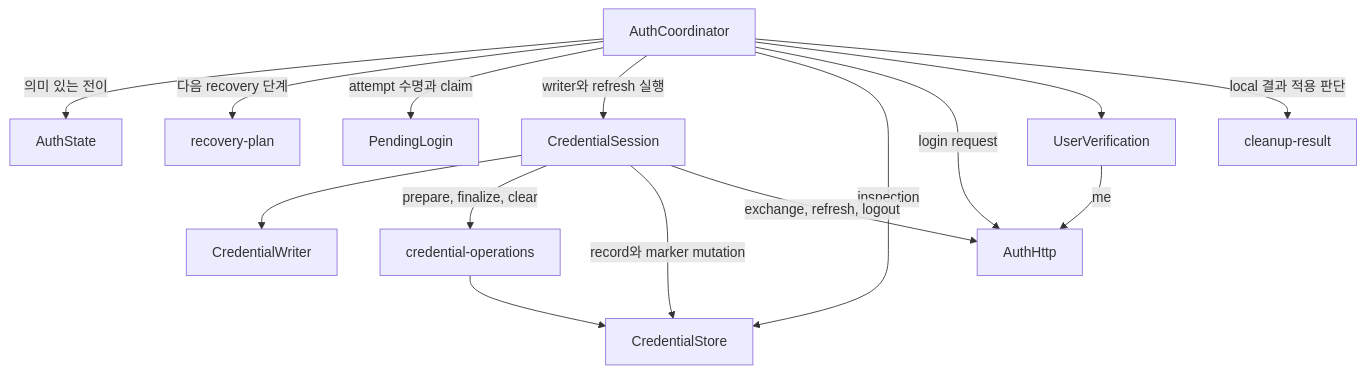
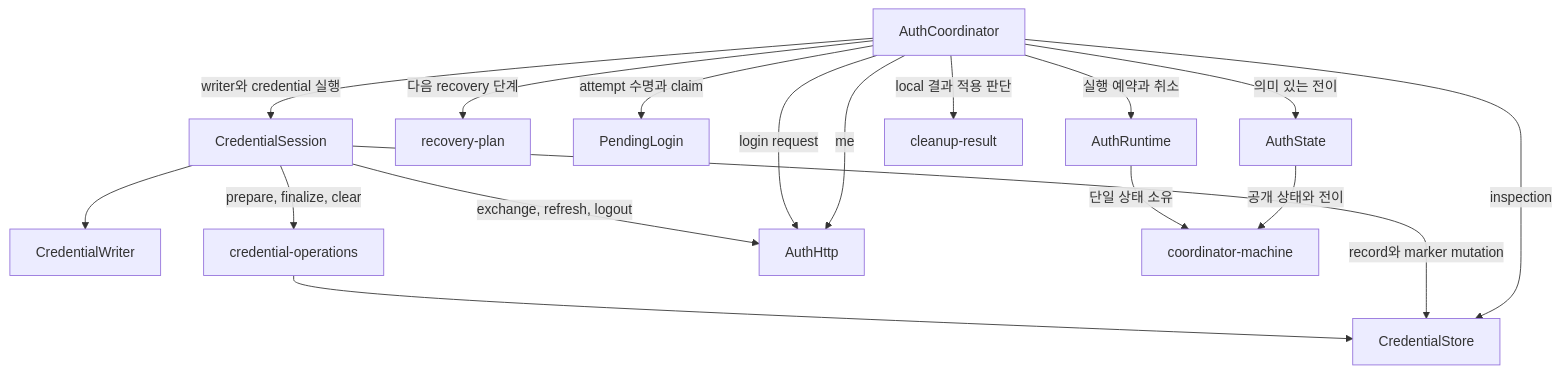
One commit to blahaj94/dfragon changed the diagram in docs/reference/desktop-auth-core.md. Above: the diagram before and after it, drawn with Mermaid. The commit also changed other lines of this file and 19 other files, not shown here.

````diff
--- a/docs/reference/desktop-auth-core.md
+++ b/docs/reference/desktop-auth-core.md
@@ -62,17 +68,19 @@
 ```mermaid
 flowchart TD
     Coordinator[AuthCoordinator] -->|의미 있는 전이| State[AuthState]
     Coordinator -->|다음 recovery 단계| Plan[recovery-plan]
     Coordinator -->|attempt 수명과 claim| Pending[PendingLogin]
-    Coordinator -->|writer와 refresh 실행| Session[CredentialSession]
+    Coordinator -->|writer와 credential 실행| Session[CredentialSession]
     Session --> Writer[CredentialWriter]
     Session -->|prepare, finalize, clear| Operations[credential-operations]
     Operations --> Store[CredentialStore]
     Session -->|record와 marker mutation| Store
     Coordinator -->|inspection| Store
     Session -->|exchange, refresh, logout| Http[AuthHttp]
     Coordinator -->|login request| Http
-    Coordinator --> Verification[UserVerification]
-    Verification -->|me| Http
+    Coordinator -->|실행 예약과 취소| Runtime[AuthRuntime]
+    Runtime -->|단일 상태 소유| Machine[coordinator-machine]
+    State -->|공개 상태와 전이| Machine
+    Coordinator -->|me| Http
     Coordinator -->|local 결과 적용 판단| Cleanup[cleanup-result]
 ```
````
